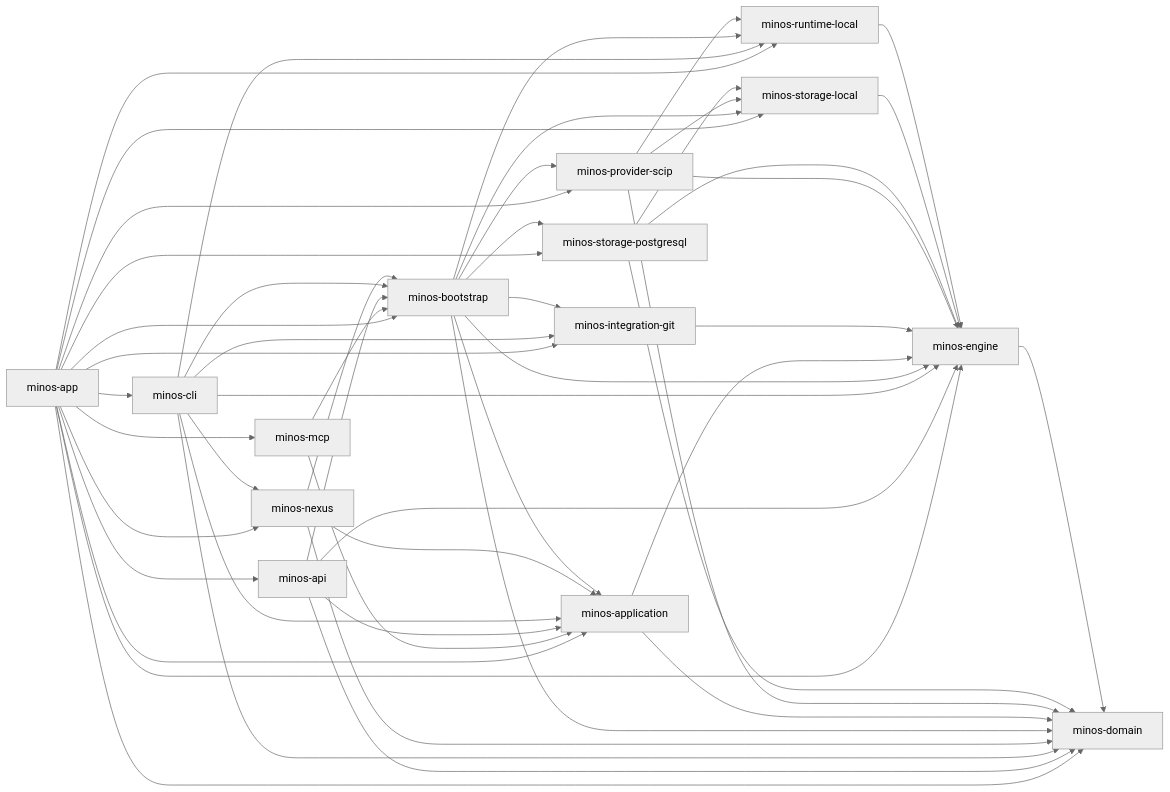
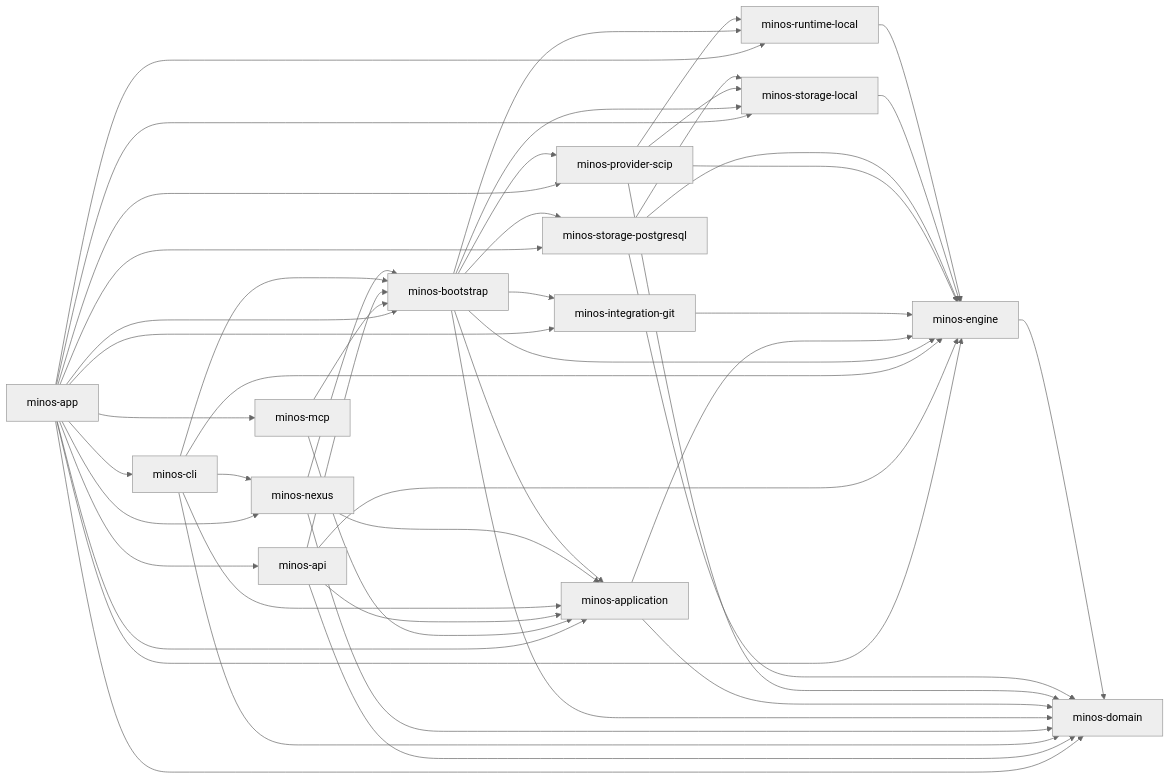
The diagram in docs/architecture/diagrams/module-dependencies.md (FTurleque/minos-code-intelligence), drawn with Mermaid (neutral theme) before and after one commit. The commit also changed other lines of this file and 1 other file, not shown here.

Commit message:
build(cli): A2 — minos-cli ne déclare plus minos-integration-git ni minos-runtime-local
A2 (ronde 4 de verif-qualite, point 3) : depuis L1–L3 le code principal
de minos-cli n'importe plus rien de ces adaptateurs (ses types
com.minos.runtime.* et com.minos.git.* viennent de minos-engine). Les
deux dépendances compile sont retirées purement, sans redéclaration en
portée test.

Les tests de cli qui utilisent des types d'adaptateurs compilent par
transitivité via minos-bootstrap (portée runtime, incluse dans le
classpath de test) : limite connue V47, consignée dans l'ADR 0042.

Preuves :
- le classpath de compilation principal de cli n'a plus que domain,
  engine, application et nexus : cli compile ;
- ./mvnw -pl minos-app,minos-bootstrap -am test : 1 315 tests,
  0 échec, 42 ignorés ; golden identiques (12) ;
- check-module-boundaries.py : rouge (doc générée périmée) puis vert
  après --write-doc ; docs/architecture/diagrams/module-dependencies.md
  régénéré.

````diff
--- a/docs/architecture/diagrams/module-dependencies.md
+++ b/docs/architecture/diagrams/module-dependencies.md
@@ -8,67 +8,65 @@
 ```mermaid
 flowchart LR
     minos_domain["minos-domain"]
     minos_engine["minos-engine"]
     minos_runtime_local["minos-runtime-local"]
     minos_storage_local["minos-storage-local"]
     minos_storage_postgresql["minos-storage-postgresql"]
     minos_provider_scip["minos-provider-scip"]
     minos_integration_git["minos-integration-git"]
     minos_application["minos-application"]
     minos_bootstrap["minos-bootstrap"]
     minos_nexus["minos-nexus"]
     minos_cli["minos-cli"]
     minos_api["minos-api"]
     minos_mcp["minos-mcp"]
     minos_app["minos-app"]
     minos_engine --> minos_domain
     minos_runtime_local --> minos_engine
     minos_storage_local --> minos_engine
     minos_storage_postgresql --> minos_domain
     minos_storage_postgresql --> minos_engine
     minos_storage_postgresql --> minos_storage_local
     minos_provider_scip --> minos_domain
     minos_provider_scip --> minos_engine
     minos_provider_scip --> minos_runtime_local
     minos_provider_scip --> minos_storage_local
     minos_integration_git --> minos_engine
     minos_application --> minos_domain
     minos_application --> minos_engine
     minos_bootstrap --> minos_application
     minos_bootstrap --> minos_domain
     minos_bootstrap --> minos_engine
     minos_bootstrap --> minos_integration_git
     minos_bootstrap --> minos_provider_scip
     minos_bootstrap --> minos_runtime_local
     minos_bootstrap --> minos_storage_local
     minos_bootstrap --> minos_storage_postgresql
     minos_nexus --> minos_application
     minos_nexus --> minos_bootstrap
     minos_nexus --> minos_domain
     minos_cli --> minos_application
     minos_cli --> minos_bootstrap
     minos_cli --> minos_domain
     minos_cli --> minos_engine
-    minos_cli --> minos_integration_git
     minos_cli --> minos_nexus
-    minos_cli --> minos_runtime_local
     minos_api --> minos_application
     minos_api --> minos_bootstrap
     minos_api --> minos_domain
     minos_api --> minos_engine
     minos_mcp --> minos_application
     minos_mcp --> minos_bootstrap
     minos_app --> minos_api
     minos_app --> minos_application
     minos_app --> minos_bootstrap
     minos_app --> minos_cli
     minos_app --> minos_domain
     minos_app --> minos_engine
     minos_app --> minos_integration_git
     minos_app --> minos_mcp
     minos_app --> minos_nexus
     minos_app --> minos_provider_scip
     minos_app --> minos_runtime_local
     minos_app --> minos_storage_local
     minos_app --> minos_storage_postgresql
 ```
````
